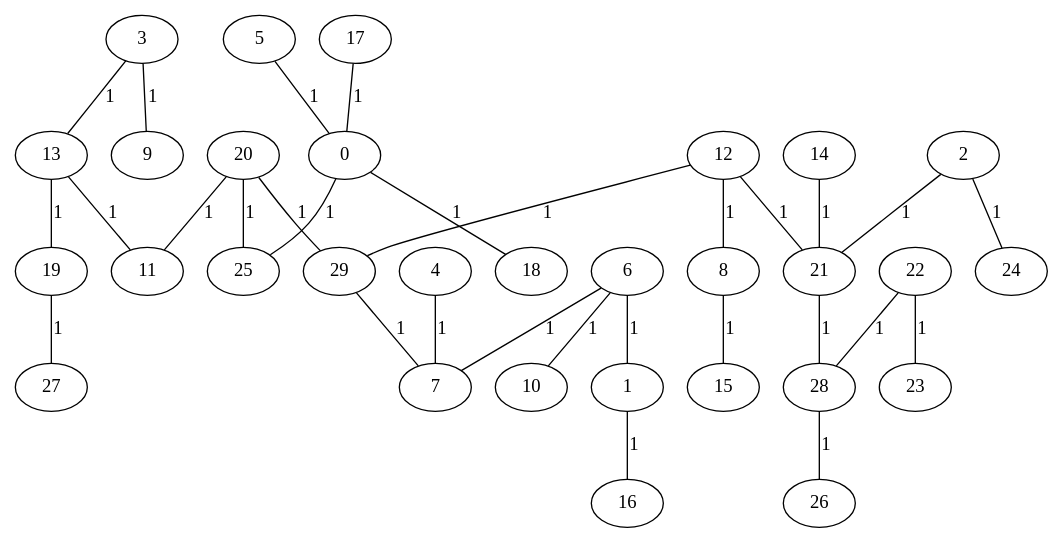
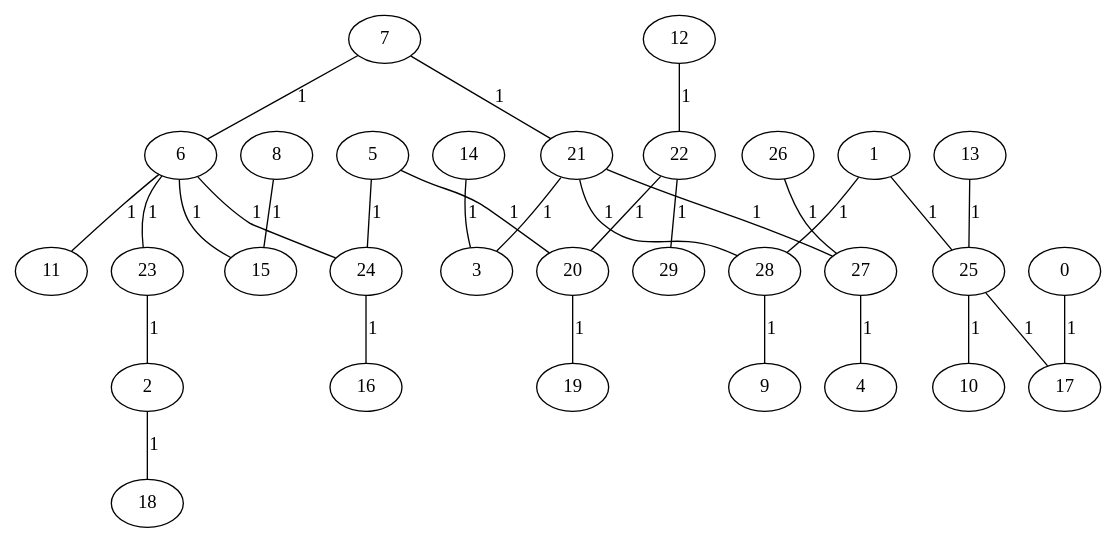
One commit to saradejesuss/GenerarGrafos changed the diagram in Kruskal_Gilber3030.gv. Above: the diagram before and after it, drawn with Graphviz. The commit also changed 15 other files, not shown here.

```diff
--- a/Kruskal_Gilber3030.gv
+++ b/Kruskal_Gilber3030.gv
@@ -1,61 +1,61 @@
 graph{
-   11;
+   5;
    13;
-   25;
-   20;
-   15;
    14;
-   6;
-   1;
-   10;
-   5;
-   0;
    21;
    22;
+   3;
+   6;
+   10;
+   29;
+   24;
    4;
+   7;
+   26;
+   8;
+   18;
+   11;
+   16;
+   27;
+   9;
+   12;
+   28;
+   0;
+   17;
+   2;
+   1;
    23;
-   7;
-   3;
-   18;
-   28;
-   26;
-   9;
-   8;
-   2;
-   12;
+   20;
    19;
-   27;
-   24;
-   16;
-   29;
-   17;
-   17 -- 0 [label="1"];
-   6 -- 1 [label="1"];
-   14 -- 21 [label="1"];
-   20 -- 11 [label="1"];
+   25;
+   15;
+   6 -- 15 [label="1"];
+   22 -- 20 [label="1"];
+   21 -- 3 [label="1"];
+   13 -- 25 [label="1"];
+   6 -- 23 [label="1"];
+   5 -- 20 [label="1"];
+   22 -- 29 [label="1"];
+   25 -- 10 [label="1"];
+   26 -- 27 [label="1"];
+   8 -- 15 [label="1"];
+   27 -- 4 [label="1"];
+   24 -- 16 [label="1"];
+   5 -- 24 [label="1"];
+   25 -- 17 [label="1"];
+   7 -- 21 [label="1"];
+   7 -- 6 [label="1"];
+   0 -- 17 [label="1"];
+   2 -- 18 [label="1"];
+   21 -- 27 [label="1"];
+   12 -- 22 [label="1"];
+   6 -- 11 [label="1"];
+   28 -- 9 [label="1"];
    21 -- 28 [label="1"];
-   20 -- 29 [label="1"];
-   20 -- 25 [label="1"];
-   22 -- 23 [label="1"];
-   6 -- 10 [label="1"];
-   5 -- 0 [label="1"];
-   6 -- 7 [label="1"];
-   3 -- 9 [label="1"];
-   4 -- 7 [label="1"];
-   3 -- 13 [label="1"];
-   0 -- 18 [label="1"];
-   1 -- 16 [label="1"];
-   22 -- 28 [label="1"];
-   28 -- 26 [label="1"];
-   2 -- 21 [label="1"];
-   12 -- 8 [label="1"];
-   13 -- 11 [label="1"];
-   19 -- 27 [label="1"];
-   12 -- 29 [label="1"];
-   8 -- 15 [label="1"];
-   12 -- 21 [label="1"];
-   0 -- 25 [label="1"];
-   2 -- 24 [label="1"];
-   13 -- 19 [label="1"];
-   29 -- 7 [label="1"];
+   1 -- 25 [label="1"];
+   1 -- 28 [label="1"];
+   23 -- 2 [label="1"];
+   14 -- 3 [label="1"];
+   6 -- 24 [label="1"];
+   20 -- 19 [label="1"];
 }
```
